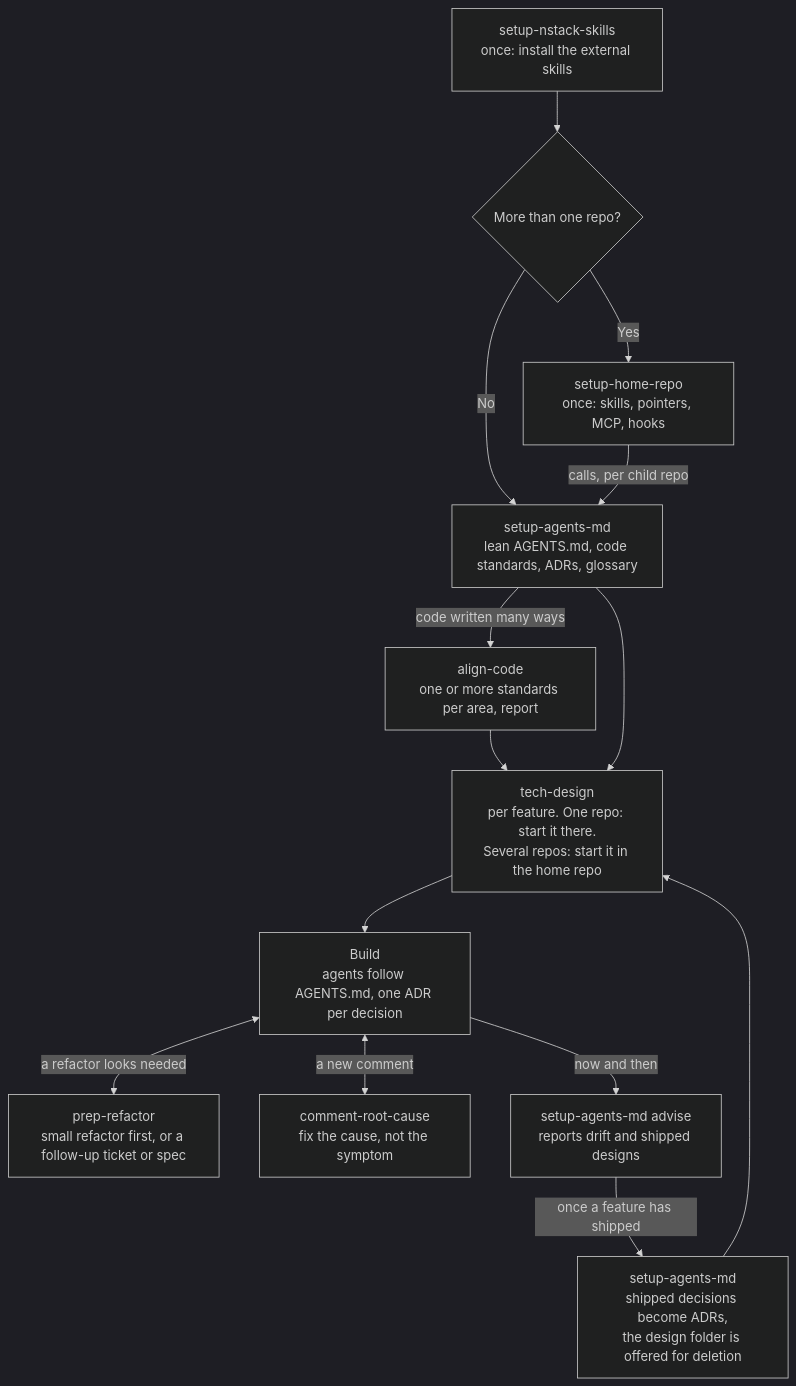
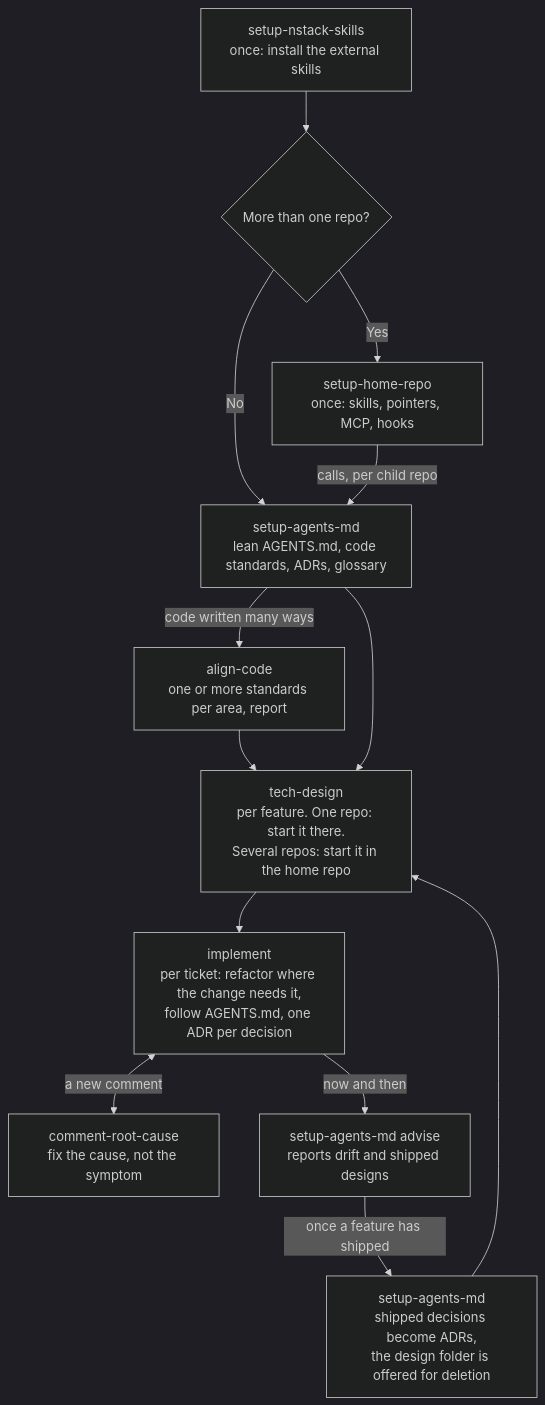
The diagram in README.md (svennijhuis/nstack), drawn with Mermaid (dark theme) before and after one commit. The commit also changed other lines of this file and 10 other files, not shown here.

First line of the commit message:
Replace prep-refactor with implement: care for the code while building

````diff
--- a/README.md
+++ b/README.md
@@ -20,16 +20,15 @@
 ```mermaid
 flowchart TD
     A[setup-nstack-skills<br/>once: install the external skills] --> B{More than one repo?}
     B -->|Yes| C[setup-home-repo<br/>once: skills, pointers, MCP, hooks]
     B -->|No| D
     C -->|calls, per child repo| D[setup-agents-md<br/>lean AGENTS.md, code standards, ADRs, glossary]
     D -->|code written many ways| I[align-code<br/>one or more standards per area, report]
     I --> E
     D --> E[tech-design<br/>per feature. One repo: start it there.<br/>Several repos: start it in the home repo]
-    E --> F[Build<br/>agents follow AGENTS.md, one ADR per decision]
-    F <-->|a refactor looks needed| P[prep-refactor<br/>small refactor first, or a follow-up ticket or spec]
+    E --> F[implement<br/>per ticket: refactor where the change needs it,<br/>follow AGENTS.md, one ADR per decision]
     F <-->|a new comment| R[comment-root-cause<br/>fix the cause, not the symptom]
     F -->|now and then| G[setup-agents-md advise<br/>reports drift and shipped designs]
     G -->|once a feature has shipped| H[setup-agents-md<br/>shipped decisions become ADRs,<br/>the design folder is offered for deletion]
     H --> E
 ```
````
